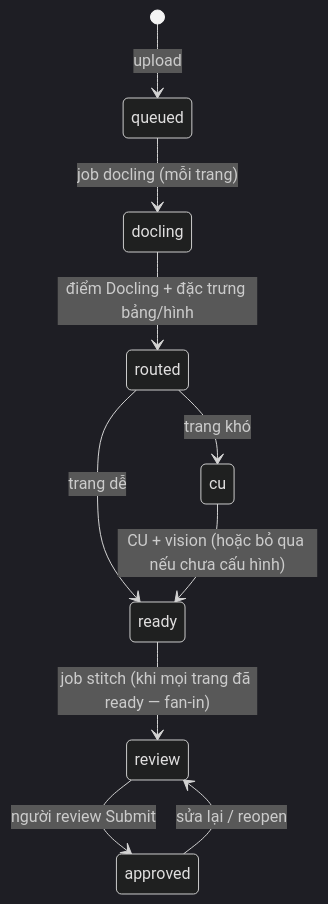
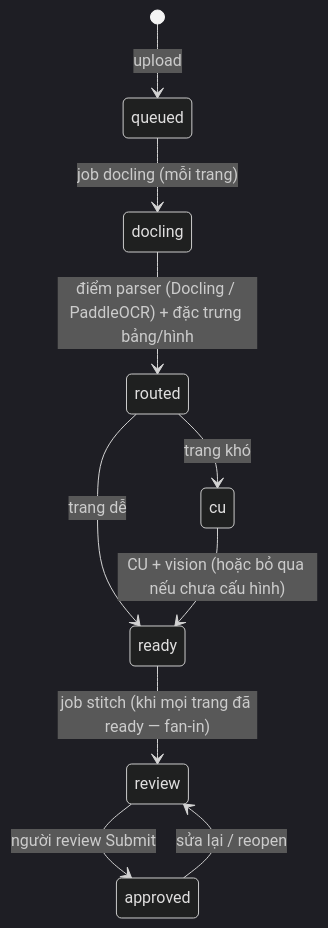
Before and after one commit to sang-hv/hoken-poc: the second of 2 diagrams in docs/ARCHITECTURE.md, drawn with Mermaid (dark theme). The commit also changed other lines of this file and 75 other files, not shown here.

First line of the commit message:
Parser chọn theo PARSER_TYPE (Docling / PaddleOCR), cấu hình qua env, gọn UI Admin

````diff
--- a/docs/ARCHITECTURE.md
+++ b/docs/ARCHITECTURE.md
@@ -44,12 +43,12 @@
 ```mermaid
 stateDiagram-v2
   [*] --> queued: upload
   queued --> docling: job docling (mỗi trang)
-  docling --> routed: điểm Docling + đặc trưng bảng/hình
+  docling --> routed: điểm parser (Docling / PaddleOCR) + đặc trưng bảng/hình
   routed --> cu: trang khó
   routed --> ready: trang dễ
   cu --> ready: CU + vision (hoặc bỏ qua nếu chưa cấu hình)
   ready --> review: job stitch (khi mọi trang đã ready — fan-in)
   review --> approved: người review Submit
   approved --> review: sửa lại / reopen
 ```
````
